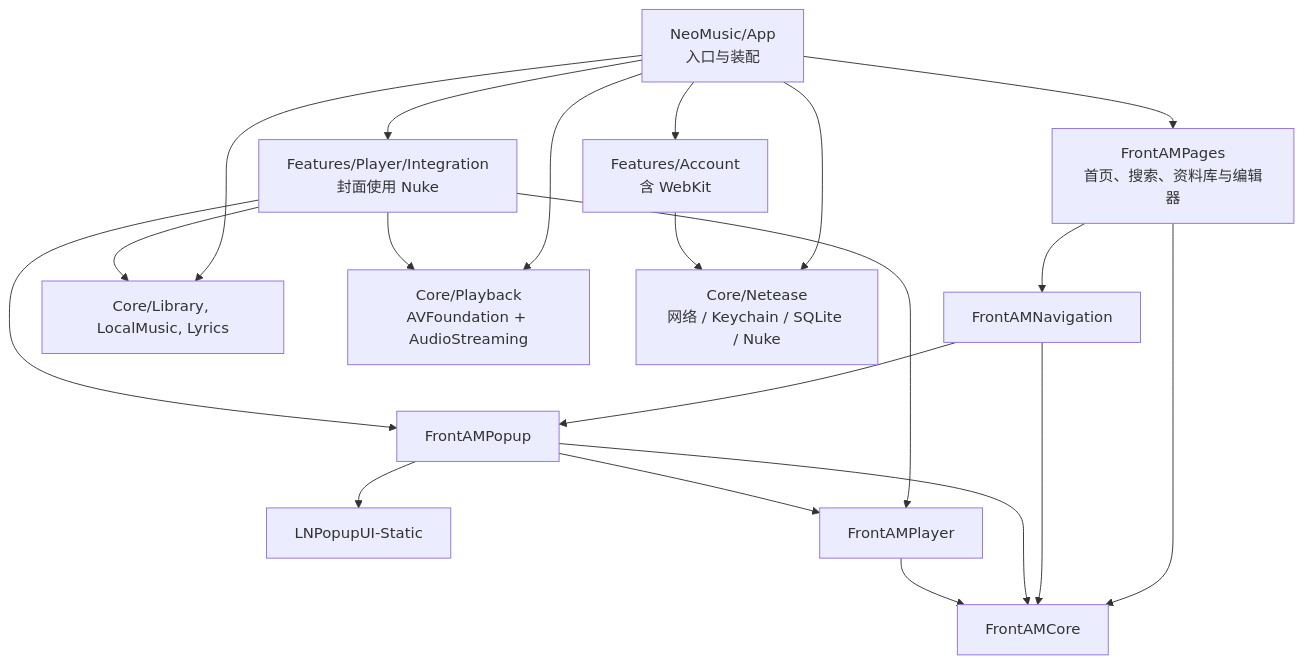
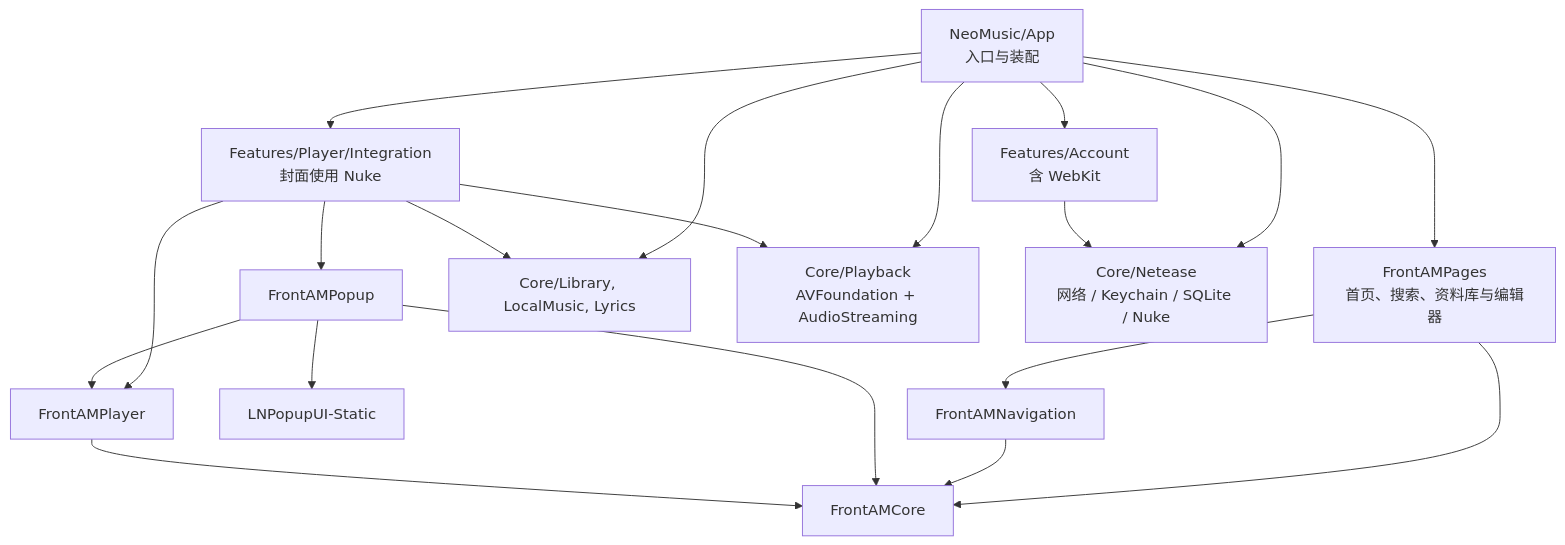
One commit to Fab1e2000/NeoMusic changed the diagram in docs/architecture.md. Above: the diagram before and after it, drawn with Mermaid. The commit also changed other lines of this file and 72 other files, not shown here.

````diff
--- a/docs/architecture.md
+++ b/docs/architecture.md
@@ -85,37 +85,36 @@
 ```mermaid
 flowchart TD
     App["NeoMusic/App<br/>入口与装配"]
     AccountUI["Features/Account<br/>含 WebKit"]
     PlayerInt["Features/Player/Integration<br/>封面使用 Nuke"]
     Pages["FrontAMPages<br/>首页、搜索、资料库与编辑器"]
     Navigation["FrontAMNavigation"]
     Popup["FrontAMPopup"]
     LN["LNPopupUI-Static"]
     FSP["FrontAMPlayer"]
     FrontCore["FrontAMCore"]
 
     CoreLib["Core/Library, LocalMusic, Lyrics"]
     CorePlay["Core/Playback<br/>AVFoundation + AudioStreaming"]
     CoreNet["Core/Netease<br/>网络 / Keychain / SQLite / Nuke"]
 
     App --> AccountUI
     App --> PlayerInt
     App --> Pages
     Pages --> Navigation
     Pages --> FrontCore
-    Navigation --> Popup
     Navigation --> FrontCore
     App --> CoreLib
     App --> CorePlay
     App --> CoreNet
 
     PlayerInt --> FSP
     PlayerInt --> Popup
     Popup --> FSP
     Popup --> FrontCore
     Popup --> LN
     FSP --> FrontCore
     PlayerInt --> CorePlay
     PlayerInt --> CoreLib
     AccountUI --> CoreNet
 ```
````
